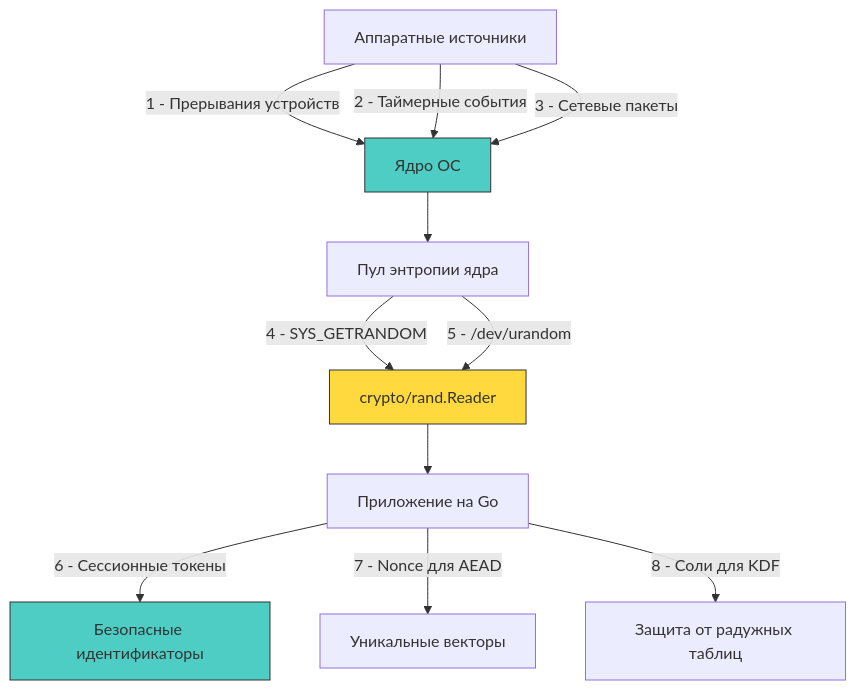
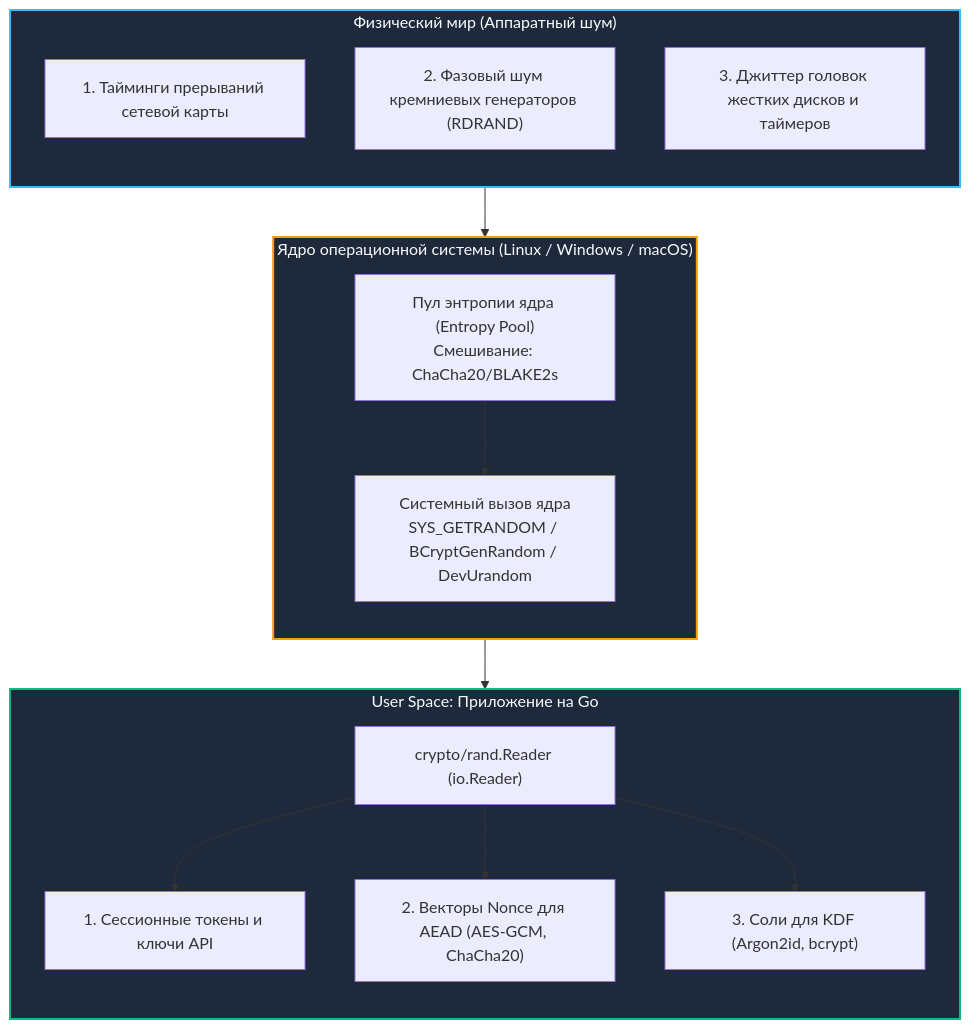
Before and after one commit to UnrealTemplier/go-textbook: the diagram in sources/17. Безопасность (AppSec в Go)/03. Криптография/6. Генерация случайных данных.md, drawn with Mermaid. The commit also changed other lines of this file, not shown here.

Commit message:
feat(module-17): editorial rewrite of 03.6 Random data generation in Kernighan style

````diff
--- a/sources/17. Безопасность (AppSec в Go)/03. Криптография/6. Генерация случайных данных.md
+++ b/sources/17. Безопасность (AppSec в Go)/03. Криптография/6. Генерация случайных данных.md
@@ -5,19 +20,34 @@
 ```mermaid
 flowchart TD
-    A["Аппаратные источники"] -->|"1 - Прерывания устройств"| B["Ядро ОС"]
-    A -->|"2 - Таймерные события"| B
-    A -->|"3 - Сетевые пакеты"| B
-    
-    B --> C["Пул энтропии ядра"]
-    C -->|"4 - SYS_GETRANDOM"| D["crypto/rand.Reader"]
-    C -->|"5 - /dev/urandom"| D
-    
-    D --> E["Приложение на Go"]
-    E -->|"6 - Сессионные токены"| F["Безопасные идентификаторы"]
-    E -->|"7 - Nonce для AEAD"| G["Уникальные векторы"]
-    E -->|"8 - Соли для KDF"| H["Защита от радужных таблиц"]
-    
-    style B fill:#4ecdc4,stroke:#333
-    style D fill:#ffd93d,stroke:#333
-    style F fill:#4ecdc4,stroke:#333
+    subgraph Hardware["Физический мир (Аппаратный шум)"]
+        direction TB
+        H1["1. Тайминги прерываний сетевой карты"]
+        H2["2. Фазовый шум кремниевых генераторов (RDRAND)"]
+        H3["3. Джиттер головок жестких дисков и таймеров"]
+    end
+
+    subgraph Kernel["Ядро операционной системы (Linux / Windows / macOS)"]
+        direction TB
+        Pool["Пул энтропии ядра (Entropy Pool)<br/>Смешивание: ChaCha20/BLAKE2s"]
+        Syscall["Системный вызов ядра<br/>SYS_GETRANDOM / BCryptGenRandom / DevUrandom"]
+        Pool --> Syscall
+    end
+
+    subgraph GoRuntime["User Space: Приложение на Go"]
+        direction TB
+        Reader["crypto/rand.Reader (io.Reader)"]
+        Tokens["1. Сессионные токены и ключи API"]
+        Nonces["2. Векторы Nonce для AEAD (AES-GCM, ChaCha20)"]
+        Salts["3. Соли для KDF (Argon2id, bcrypt)"]
+        Reader --> Tokens
+        Reader --> Nonces
+        Reader --> Salts
+    end
+
+    Hardware --> Pool
+    Syscall --> Reader
+
+    style Hardware fill:#1e293b,stroke:#38bdf8,stroke-width:2px,color:#f8fafc
+    style Kernel fill:#1e293b,stroke:#f59e0b,stroke-width:2px,color:#f8fafc
+    style GoRuntime fill:#1e293b,stroke:#10b981,stroke-width:2px,color:#f8fafc
 ```
````
